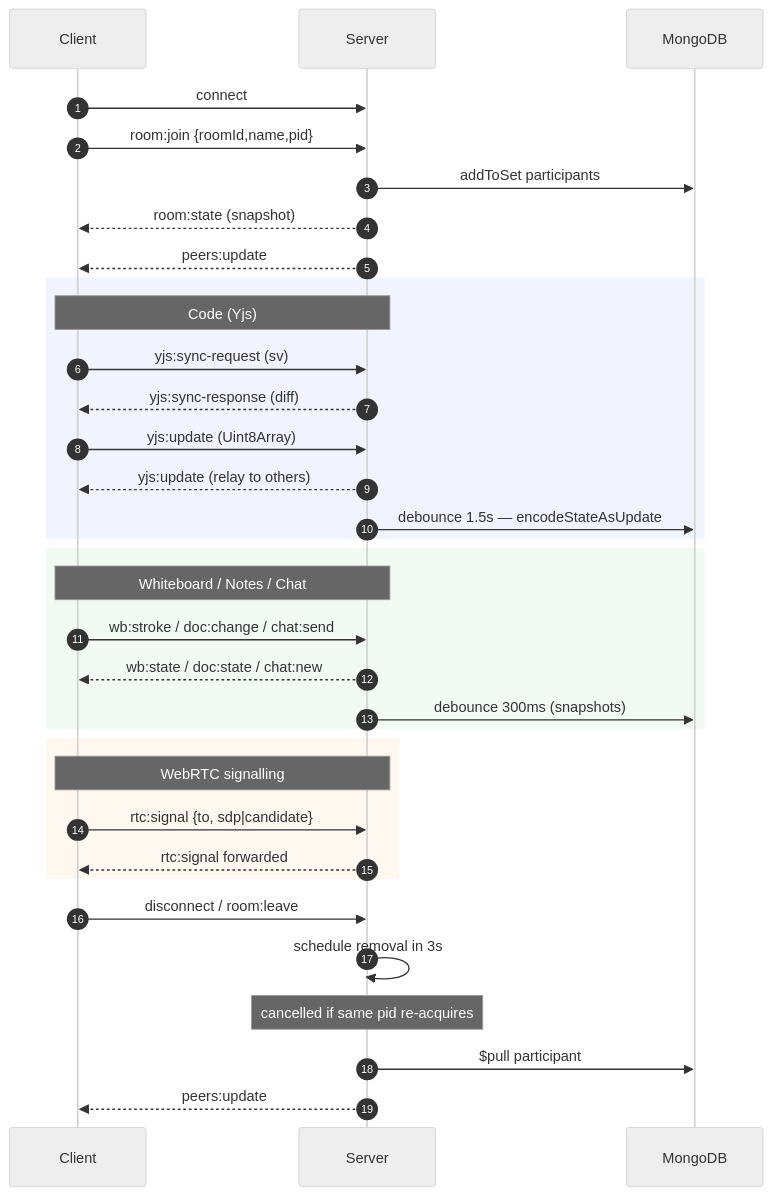
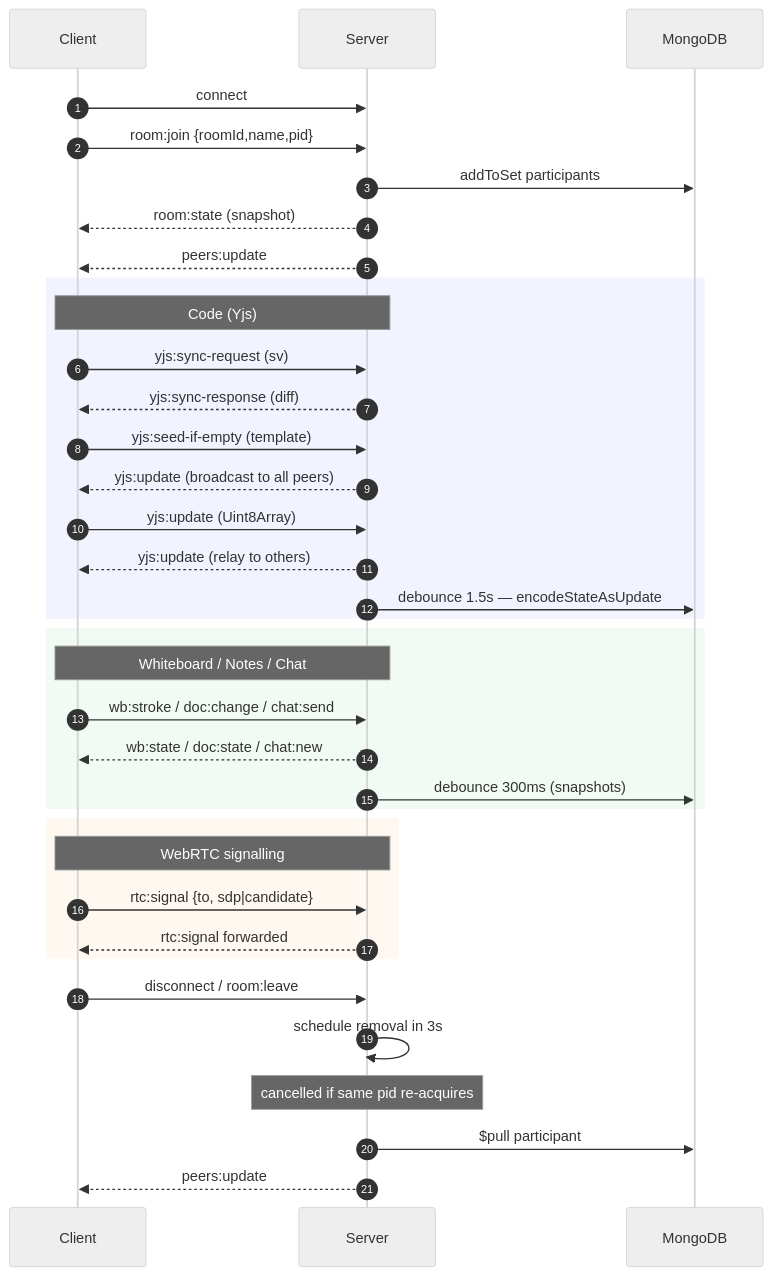
Before and after one commit to iyashwantsaini/Vaartalaap: the third of 7 diagrams in apps/server/README.md, drawn with Mermaid (neutral theme). The commit also changed other lines of this file and 1 other file, not shown here.

Commit message:
docs: document yjs:seed-if-empty handler and socket.join ordering invariant

````diff
--- a/apps/server/README.md
+++ b/apps/server/README.md
@@ -46,41 +46,43 @@
 ```mermaid
 sequenceDiagram
   autonumber
   participant C as Client
   participant S as Server
   participant DB as MongoDB
 
   C->>S: connect
   C->>S: room:join {roomId,name,pid}
   S->>DB: addToSet participants
   S-->>C: room:state (snapshot)
   S-->>C: peers:update
 
   rect rgba(80,120,255,0.08)
     Note over C,S: Code (Yjs)
     C->>S: yjs:sync-request (sv)
     S-->>C: yjs:sync-response (diff)
+    C->>S: yjs:seed-if-empty (template)
+    S-->>C: yjs:update (broadcast to all peers)
     C->>S: yjs:update (Uint8Array)
     S-->>C: yjs:update (relay to others)
     S->>DB: debounce 1.5s — encodeStateAsUpdate
   end
 
   rect rgba(80,200,120,0.08)
     Note over C,S: Whiteboard / Notes / Chat
     C->>S: wb:stroke / doc:change / chat:send
     S-->>C: wb:state / doc:state / chat:new
     S->>DB: debounce 300ms (snapshots)
   end
 
   rect rgba(255,160,80,0.08)
     Note over C,S: WebRTC signalling
     C->>S: rtc:signal {to, sdp|candidate}
     S-->>C: rtc:signal forwarded
   end
 
   C->>S: disconnect / room:leave
   S->>S: schedule removal in 3s
   Note over S: cancelled if same pid re-acquires
   S->>DB: $pull participant
   S-->>C: peers:update
 ```
````
